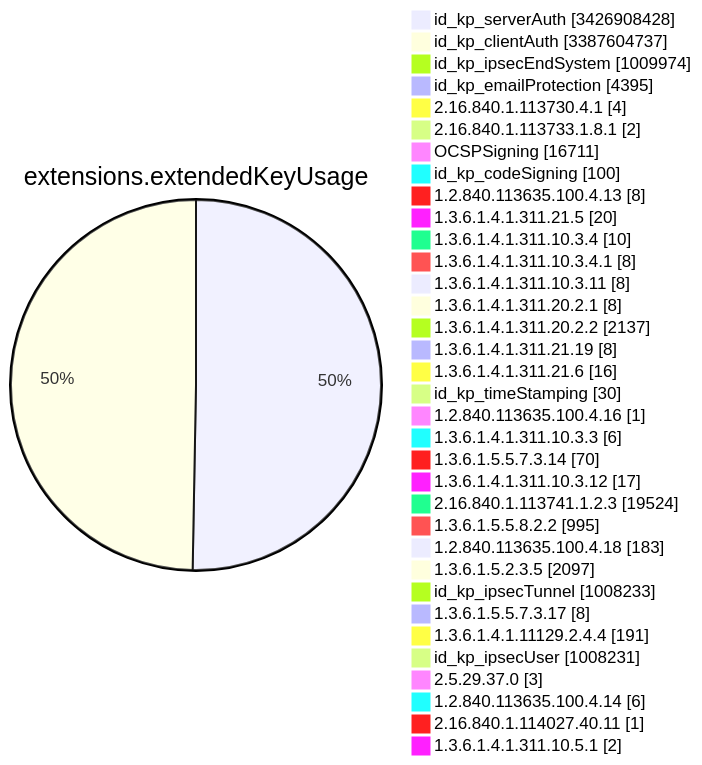
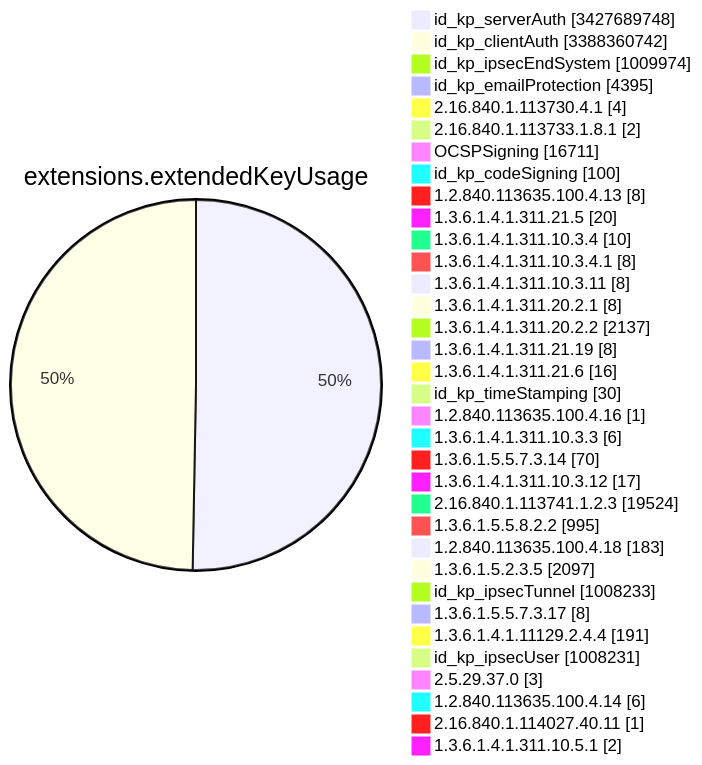
One commit to christiankrug/ctmonitor_visualization changed diagram 11 of 15 in TOTAL/README.md. Above: the diagram before and after it, drawn with Mermaid. The commit also changed other lines of this file, not shown here.

````diff
--- a/TOTAL/README.md
+++ b/TOTAL/README.md
@@ -4122,38 +4122,38 @@
 ```mermaid
 pie showData
 title extensions.extendedKeyUsage
-"id_kp_serverAuth" :3426908428
-"id_kp_clientAuth" :3387604737
+"id_kp_serverAuth" :3427689748
+"id_kp_clientAuth" :3388360742
 "id_kp_ipsecEndSystem" :1009974
 "id_kp_emailProtection" :4395
 "2.16.840.1.113730.4.1" :4
 "2.16.840.1.113733.1.8.1" :2
 "OCSPSigning" :16711
 "id_kp_codeSigning" :100
 "1.2.840.113635.100.4.13" :8
 "1.3.6.1.4.1.311.21.5" :20
 "1.3.6.1.4.1.311.10.3.4" :10
 "1.3.6.1.4.1.311.10.3.4.1" :8
 "1.3.6.1.4.1.311.10.3.11" :8
 "1.3.6.1.4.1.311.20.2.1" :8
 "1.3.6.1.4.1.311.20.2.2" :2137
 "1.3.6.1.4.1.311.21.19" :8
 "1.3.6.1.4.1.311.21.6" :16
 "id_kp_timeStamping" :30
 "1.2.840.113635.100.4.16" :1
 "1.3.6.1.4.1.311.10.3.3" :6
 "1.3.6.1.5.5.7.3.14" :70
 "1.3.6.1.4.1.311.10.3.12" :17
 "2.16.840.1.113741.1.2.3" :19524
 "1.3.6.1.5.5.8.2.2" :995
 "1.2.840.113635.100.4.18" :183
 "1.3.6.1.5.2.3.5" :2097
 "id_kp_ipsecTunnel" :1008233
 "1.3.6.1.5.5.7.3.17" :8
 "1.3.6.1.4.1.11129.2.4.4" :191
 "id_kp_ipsecUser" :1008231
 "2.5.29.37.0" :3
 "1.2.840.113635.100.4.14" :6
 "2.16.840.1.114027.40.11" :1
 "1.3.6.1.4.1.311.10.5.1" :2
 ```
````
